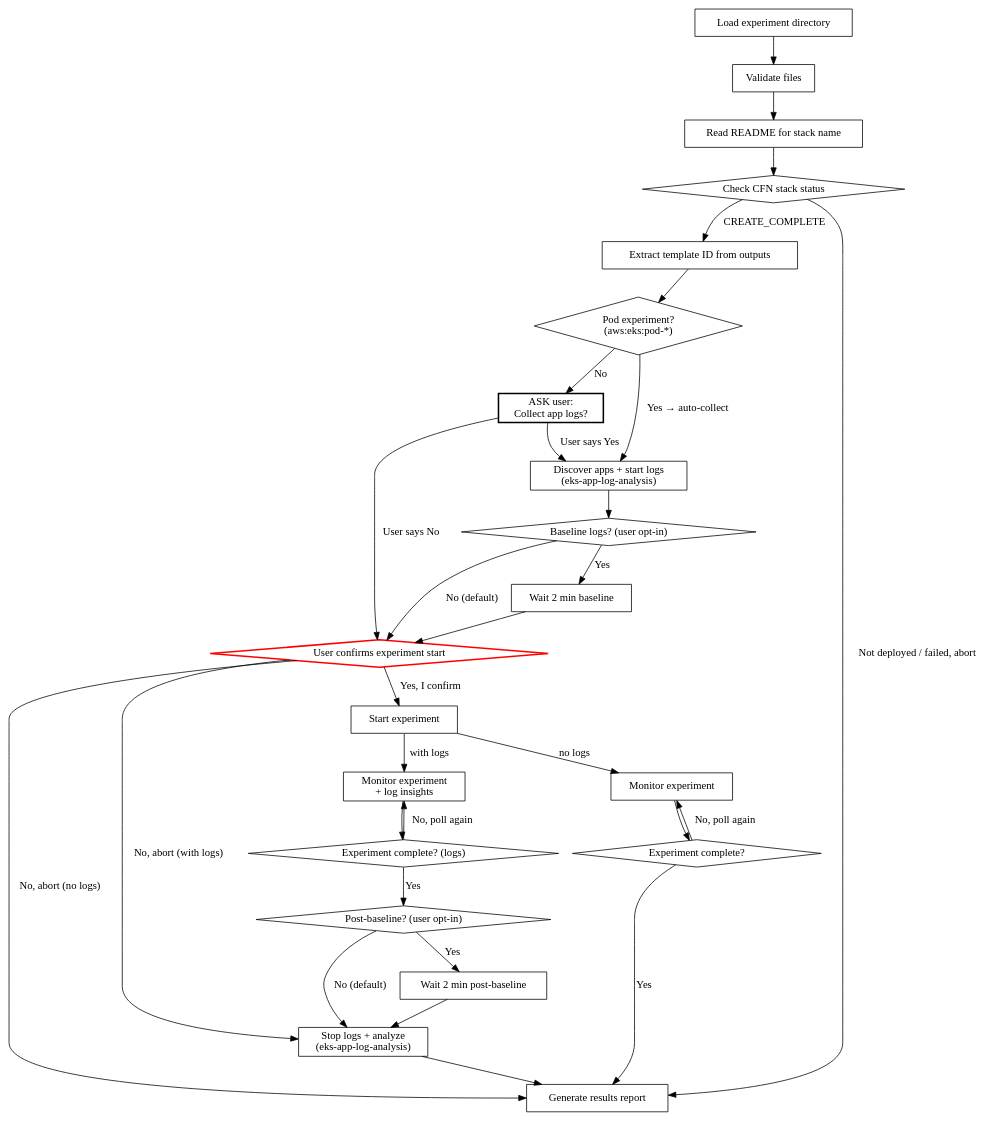
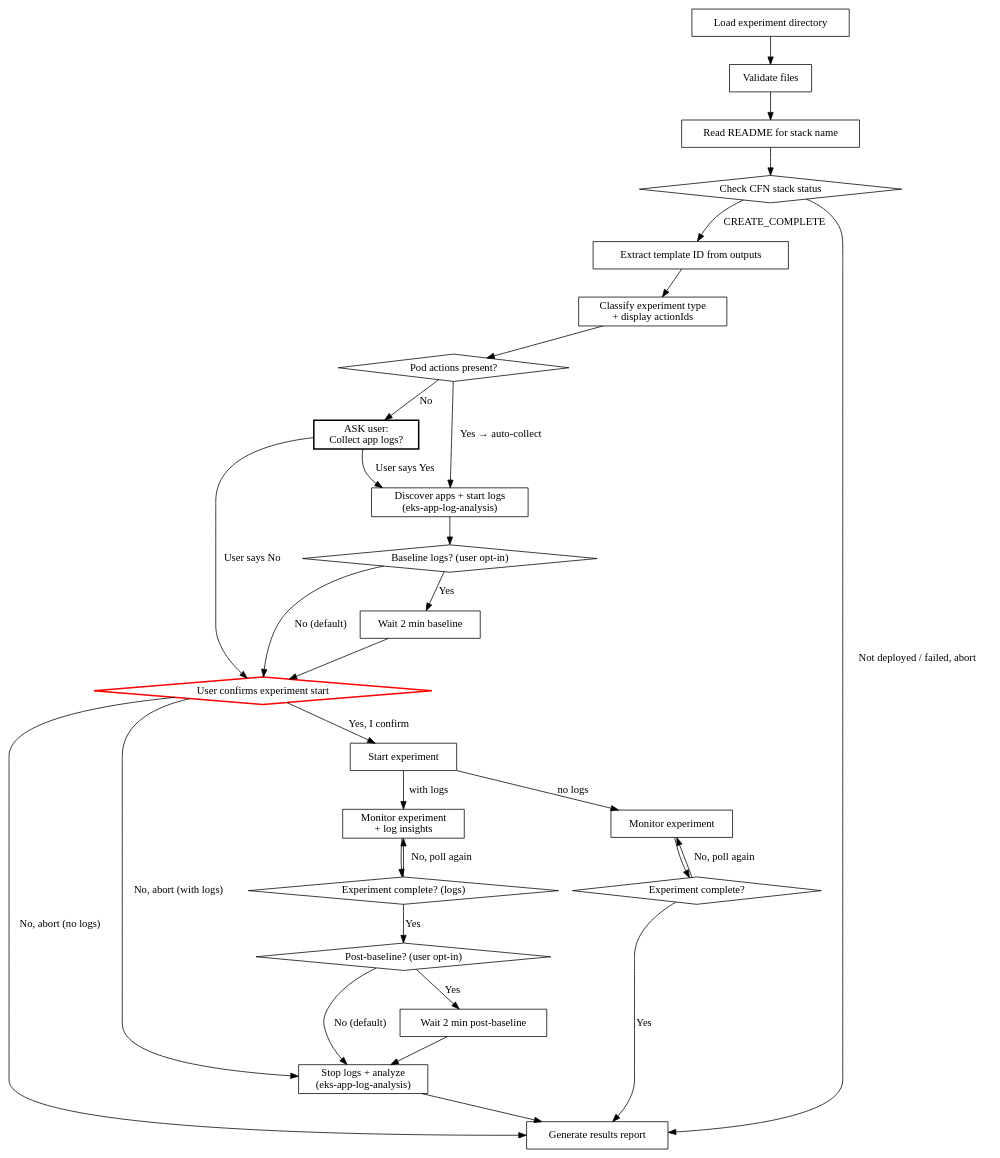
Before and after one commit to panlm/skills: the diagram in aws-fis-experiment-execute/SKILL.md, drawn with Graphviz. The commit also changed other lines of this file and 2 other files, not shown here.

Commit message:
Merge execute skill: combine main linear flow with test branch improvements

````diff
--- a/aws-fis-experiment-execute/SKILL.md
+++ b/aws-fis-experiment-execute/SKILL.md
@@ -42,54 +34,56 @@
 ```dot
 digraph execute_flow {
     "Load experiment directory" [shape=box];
     "Validate files" [shape=box];
     "Read README for stack name" [shape=box];
     "Check CFN stack status" [shape=diamond];
     "Extract template ID from outputs" [shape=box];
-    "Pod experiment?\n(aws:eks:pod-*)" [shape=diamond];
+    "Classify experiment type\n+ display actionIds" [shape=box];
+    "Pod actions present?" [shape=diamond];
     "ASK user:\nCollect app logs?" [shape=box, style=bold];
     "Discover apps + start logs\n(eks-app-log-analysis)" [shape=box];
     "Baseline logs? (user opt-in)" [shape=diamond];
     "Wait 2 min baseline" [shape=box];
     "User confirms experiment start" [shape=diamond, style=bold, color=red];
     "Start experiment" [shape=box];
     "Monitor experiment" [shape=box];
     "Monitor experiment\n+ log insights" [shape=box];
     "Experiment complete?" [shape=diamond];
     "Experiment complete? (logs)" [shape=diamond];
     "Post-baseline? (user opt-in)" [shape=diamond];
     "Wait 2 min post-baseline" [shape=box];
     "Stop logs + analyze\n(eks-app-log-analysis)" [shape=box];
     "Generate results report" [shape=box];
 
     "Load experiment directory" -> "Validate files";
     "Validate files" -> "Read README for stack name";
     "Read README for stack name" -> "Check CFN stack status";
     "Check CFN stack status" -> "Extract template ID from outputs" [label="CREATE_COMPLETE"];
     "Check CFN stack status" -> "Generate results report" [label="Not deployed / failed, abort"];
-    "Extract template ID from outputs" -> "Pod experiment?\n(aws:eks:pod-*)";
-    "Pod experiment?\n(aws:eks:pod-*)" -> "Discover apps + start logs\n(eks-app-log-analysis)" [label="Yes → auto-collect"];
-    "Pod experiment?\n(aws:eks:pod-*)" -> "ASK user:\nCollect app logs?" [label="No"];
+    "Extract template ID from outputs" -> "Classify experiment type\n+ display actionIds";
+    "Classify experiment type\n+ display actionIds" -> "Pod actions present?";
+    "Pod actions present?" -> "Discover apps + start logs\n(eks-app-log-analysis)" [label="Yes → auto-collect"];
+    "Pod actions present?" -> "ASK user:\nCollect app logs?" [label="No"];
     "ASK user:\nCollect app logs?" -> "Discover apps + start logs\n(eks-app-log-analysis)" [label="User says Yes"];
     "ASK user:\nCollect app logs?" -> "User confirms experiment start" [label="User says No"];
     "Discover apps + start logs\n(eks-app-log-analysis)" -> "Baseline logs? (user opt-in)";
     "Baseline logs? (user opt-in)" -> "Wait 2 min baseline" [label="Yes"];
     "Baseline logs? (user opt-in)" -> "User confirms experiment start" [label="No (default)"];
     "Wait 2 min baseline" -> "User confirms experiment start";
     "User confirms experiment start" -> "Start experiment" [label="Yes, I confirm"];
     "User confirms experiment start" -> "Generate results report" [label="No, abort (no logs)"];
     "User confirms experiment start" -> "Stop logs + analyze\n(eks-app-log-analysis)" [label="No, abort (with logs)"];
     "Start experiment" -> "Monitor experiment" [label="no logs"];
     "Start experiment" -> "Monitor experiment\n+ log insights" [label="with logs"];
     "Monitor experiment" -> "Experiment complete?";
     "Monitor experiment\n+ log insights" -> "Experiment complete? (logs)";
     "Experiment complete?" -> "Monitor experiment" [label="No, poll again"];
     "Experiment complete?" -> "Generate results report" [label="Yes"];
     "Experiment complete? (logs)" -> "Monitor experiment\n+ log insights" [label="No, poll again"];
     "Experiment complete? (logs)" -> "Post-baseline? (user opt-in)" [label="Yes"];
     "Post-baseline? (user opt-in)" -> "Wait 2 min post-baseline" [label="Yes"];
     "Post-baseline? (user opt-in)" -> "Stop logs + analyze\n(eks-app-log-analysis)" [label="No (default)"];
     "Wait 2 min post-baseline" -> "Stop logs + analyze\n(eks-app-log-analysis)";
     "Stop logs + analyze\n(eks-app-log-analysis)" -> "Generate results report";
 }
 ```
````
